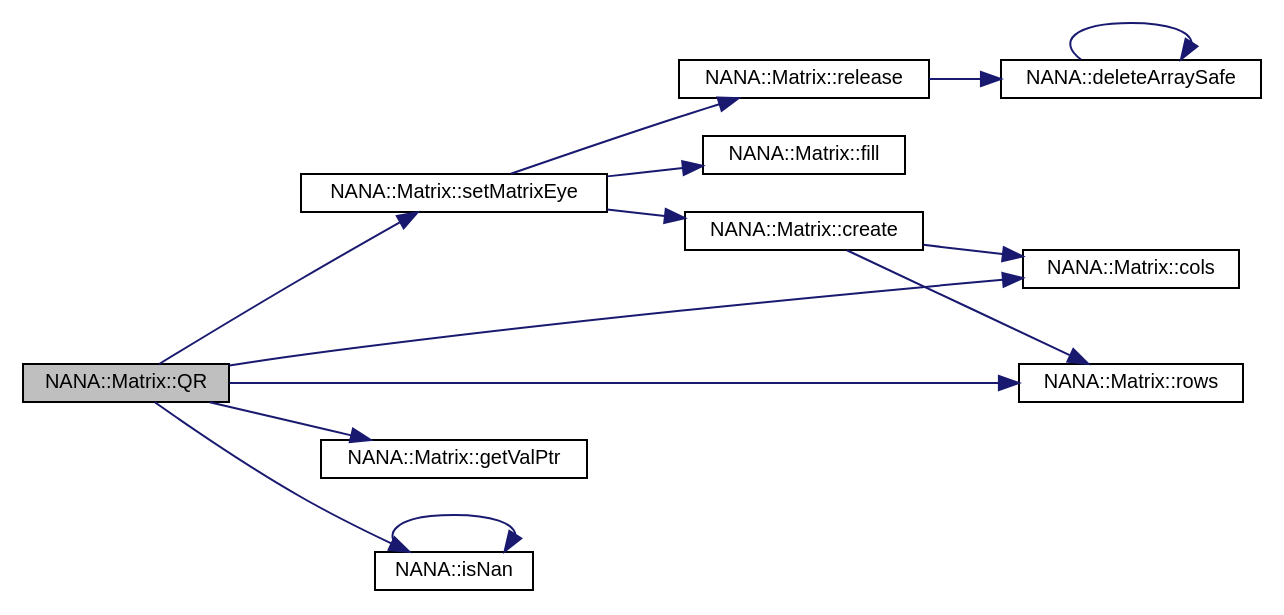
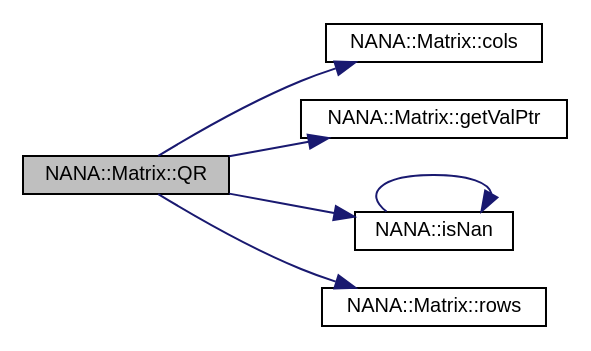
The diagram in docs/class_n_a_n_a_1_1_matrix_aa7c0b878879e366512929f60b01b883b_cgraph.dot (YuruTu/NANA), drawn with Graphviz before and after one commit. The commit also changed 83 other files, not shown here.

```diff
--- a/docs/class_n_a_n_a_1_1_matrix_aa7c0b878879e366512929f60b01b883b_cgraph.dot
+++ b/docs/class_n_a_n_a_1_1_matrix_aa7c0b878879e366512929f60b01b883b_cgraph.dot
@@ -1,30 +1,17 @@
 digraph "NANA::Matrix::QR"
 {
  // LATEX_PDF_SIZE
   edge [fontname="Helvetica",fontsize="10",labelfontname="Helvetica",labelfontsize="10"];
   node [fontname="Helvetica",fontsize="10",shape=record];
   rankdir="LR";
   Node1 [label="NANA::Matrix::QR",height=0.2,width=0.4,color="black", fillcolor="grey75", style="filled", fontcolor="black",tooltip="基于豪斯荷尔德变换实现矩阵的QR分解"];
   Node1 -> Node2 [color="midnightblue",fontsize="10",style="solid",fontname="Helvetica"];
   Node2 [label="NANA::Matrix::cols",height=0.2,width=0.4,color="black", fillcolor="white", style="filled",URL="$class_n_a_n_a_1_1_matrix.html#a5e7705b4d776c325b12b0599c021f607",tooltip="获取矩阵的列数"];
   Node1 -> Node3 [color="midnightblue",fontsize="10",style="solid",fontname="Helvetica"];
   Node3 [label="NANA::Matrix::getValPtr",height=0.2,width=0.4,color="black", fillcolor="white", style="filled",URL="$class_n_a_n_a_1_1_matrix.html#ad485083f69fb71a764e8985322b8fb3e",tooltip="获取值的指针"];
   Node1 -> Node4 [color="midnightblue",fontsize="10",style="solid",fontname="Helvetica"];
   Node4 [label="NANA::isNan",height=0.2,width=0.4,color="black", fillcolor="white", style="filled",URL="$nadef_8hpp.html#aa2149b68acd7bfce1083b123f93a1ee6",tooltip="判断一个数是否是Not a number"];
   Node4 -> Node4 [color="midnightblue",fontsize="10",style="solid",fontname="Helvetica"];
   Node1 -> Node5 [color="midnightblue",fontsize="10",style="solid",fontname="Helvetica"];
   Node5 [label="NANA::Matrix::rows",height=0.2,width=0.4,color="black", fillcolor="white", style="filled",URL="$class_n_a_n_a_1_1_matrix.html#a59af2b31be0c8625466dea7fa5a36afa",tooltip="获取矩阵的行数"];
-  Node1 -> Node6 [color="midnightblue",fontsize="10",style="solid",fontname="Helvetica"];
-  Node6 [label="NANA::Matrix::setMatrixEye",height=0.2,width=0.4,color="black", fillcolor="white", style="filled",URL="$class_n_a_n_a_1_1_matrix.html#a0a5423a5d4ad70b3225216b7a6542ee4",tooltip="将当前矩阵设置为单位矩阵"];
-  Node6 -> Node7 [color="midnightblue",fontsize="10",style="solid",fontname="Helvetica"];
-  Node7 [label="NANA::Matrix::create",height=0.2,width=0.4,color="black", fillcolor="white", style="filled",URL="$class_n_a_n_a_1_1_matrix.html#a9143733c65d050c962bb9ea8fe03d19b",tooltip="申请内存"];
-  Node7 -> Node2 [color="midnightblue",fontsize="10",style="solid",fontname="Helvetica"];
-  Node7 -> Node5 [color="midnightblue",fontsize="10",style="solid",fontname="Helvetica"];
-  Node6 -> Node8 [color="midnightblue",fontsize="10",style="solid",fontname="Helvetica"];
-  Node8 [label="NANA::Matrix::fill",height=0.2,width=0.4,color="black", fillcolor="white", style="filled",URL="$class_n_a_n_a_1_1_matrix.html#aeac2a4af02d821da6f1890f4073eac51",tooltip="用value填充Matrix的全部内容"];
-  Node6 -> Node9 [color="midnightblue",fontsize="10",style="solid",fontname="Helvetica"];
-  Node9 [label="NANA::Matrix::release",height=0.2,width=0.4,color="black", fillcolor="white", style="filled",URL="$class_n_a_n_a_1_1_matrix.html#af89b2a36817707cc891210384ac59f98",tooltip="释放已申请的内存"];
-  Node9 -> Node10 [color="midnightblue",fontsize="10",style="solid",fontname="Helvetica"];
-  Node10 [label="NANA::deleteArraySafe",height=0.2,width=0.4,color="black", fillcolor="white", style="filled",URL="$safememory_8hpp.html#a4ef1679be806b08b4ac9941cb4045adb",tooltip="deleteArraySafe 安全释放 xxx * a = new xxx[num];申请的内存"];
-  Node10 -> Node10 [color="midnightblue",fontsize="10",style="solid",fontname="Helvetica"];
 }
```
